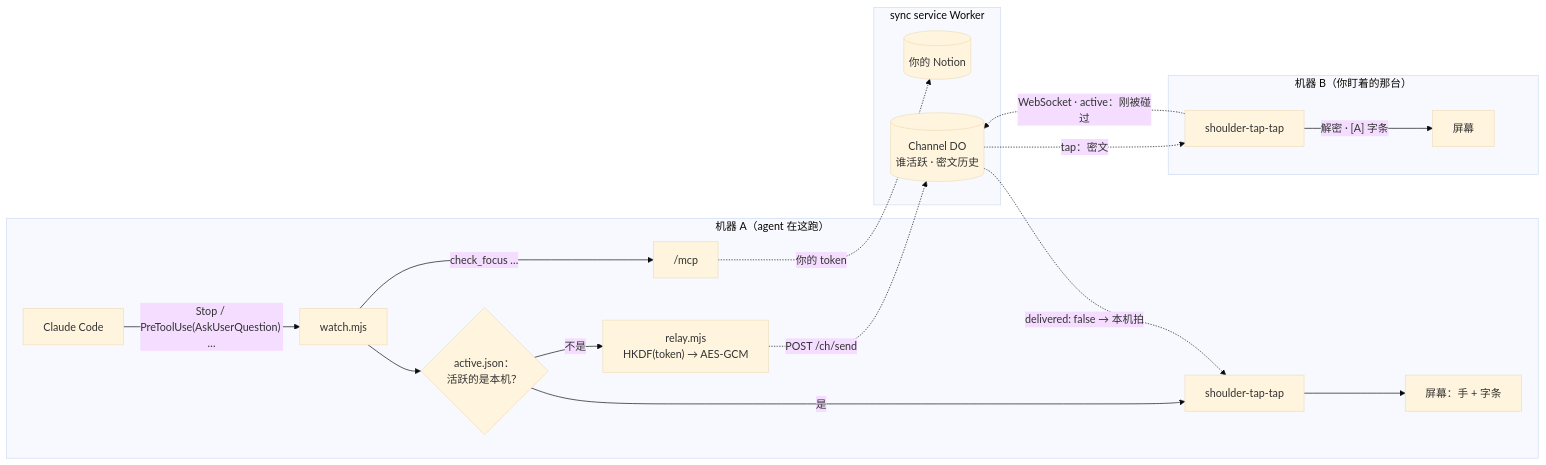
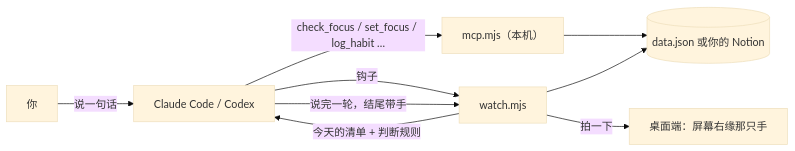
Before and after one commit to FranklinXuNorth/shoulder-tap: the diagram in README.md, drawn with Mermaid (base theme). The commit also changed other lines of this file and 33 other files, not shown here.

````diff
--- a/README.md
+++ b/README.md
@@ -107,21 +34,11 @@
 ```mermaid
 flowchart LR
-  subgraph A["机器 A（agent 在这跑）"]
-    CC["Claude Code"] -->|"Stop / PreToolUse(AskUserQuestion) …"| W["watch.mjs"]
-    W --> L{"active.json：<br/>活跃的是本机？"}
-    L -->|"是"| D["shoulder-tap-tap"] --> S["屏幕：手 + 字条"]
-    L -->|"不是"| E["relay.mjs<br/>HKDF(token) → AES-GCM"]
-    W -->|"check_focus …"| MCP["/mcp"]
-  end
-  subgraph CF["sync service Worker"]
-    MCP -.->|"你的 token"| N[("你的 Notion")]
-    CH[("Channel DO<br/>谁活跃 · 密文历史")]
-  end
-  E -.->|"POST /ch/send"| CH
-  CH -.->|"delivered: false → 本机拍"| D
-  subgraph B["机器 B（你盯着的那台）"]
-    DB["shoulder-tap-tap"] -->|"解密 · [A] 字条"| SB["屏幕"]
-  end
-  DB -.->|"WebSocket · active：刚被碰过"| CH
-  CH -.->|"tap：密文"| DB
+  U["你"] -->|"说一句话"| CC["Claude Code / Codex"]
+  CC -->|"钩子"| W["watch.mjs"]
+  W -->|"今天的清单 + 判断规则"| CC
+  CC -->|"check_focus / set_focus / log_habit …"| M["mcp.mjs（本机）"]
+  M --> D[("data.json 或你的 Notion")]
+  W --> D
+  CC -->|"说完一轮，结尾带手"| W
+  W -->|"拍一下"| A["桌面端：屏幕右缘那只手"]
 ```
````
